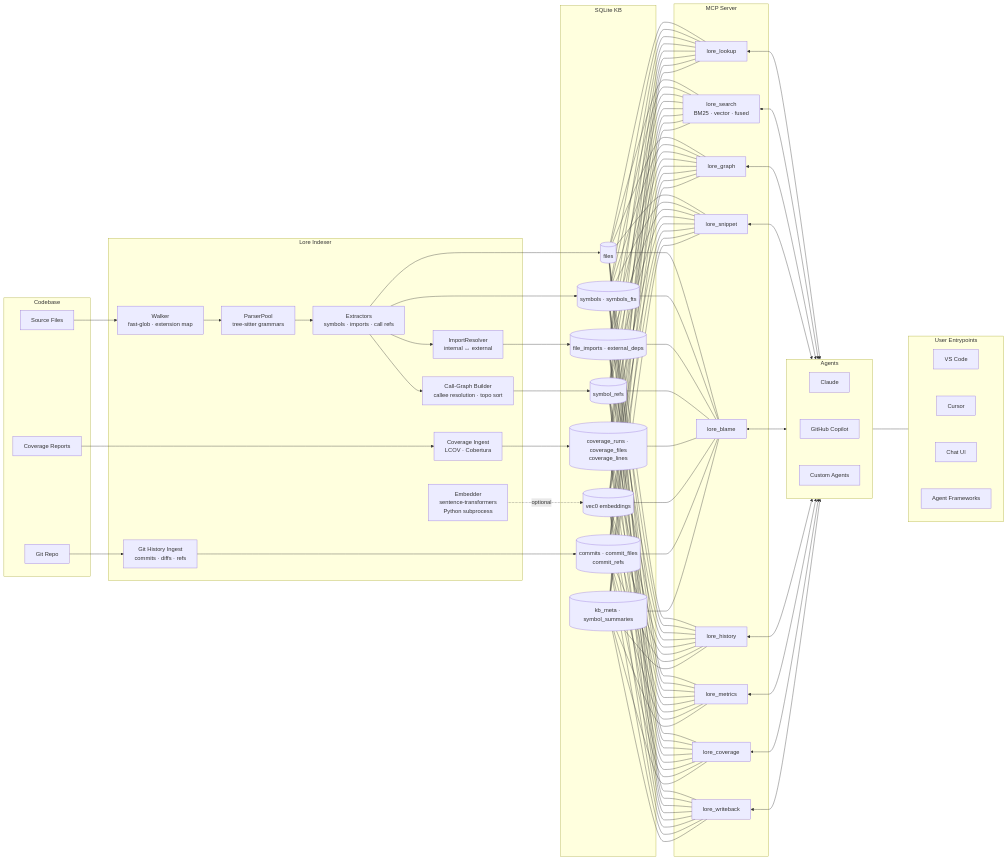
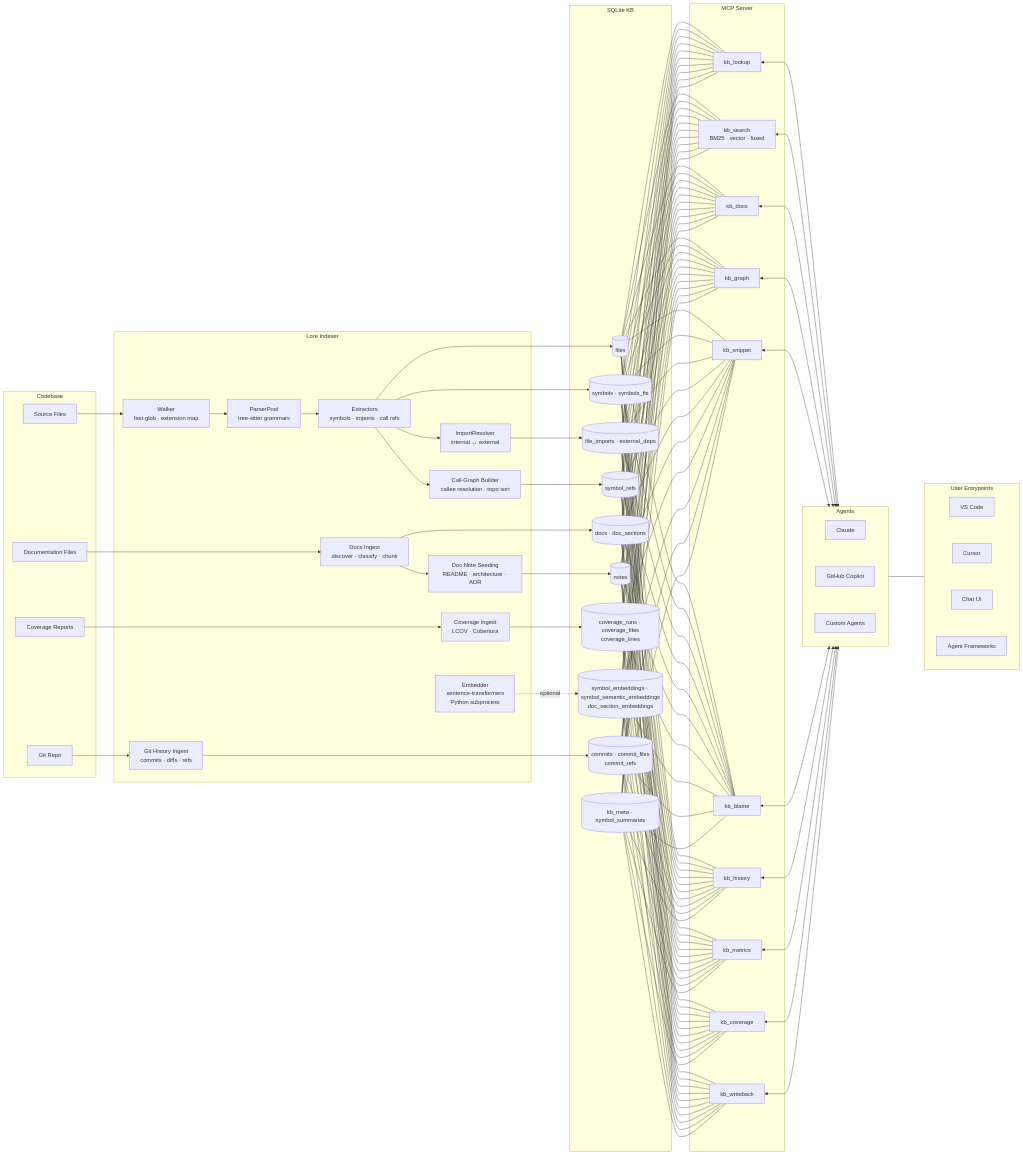
Before and after one commit to jafreck/Lore: the diagram in docs/architecture.md, drawn with Mermaid. The commit also changed other lines of this file and 39 other files, not shown here.

````diff
--- a/docs/architecture.md
+++ b/docs/architecture.md
@@ -7,72 +7,80 @@
 ```mermaid
 flowchart LR
     subgraph Codebase
         SRC[Source Files]
+        DOCSRC[Documentation Files]
         GIT[Git Repo]
         COVREP[Coverage Reports]
     end
 
     subgraph Lore Indexer
         WALK[Walker<br/>fast-glob · extension map]
         PARSE[ParserPool<br/>tree-sitter grammars]
         EXTRACT[Extractors<br/>symbols · imports · call refs]
         RESOLVE[ImportResolver<br/>internal ↔ external]
         CALLGRAPH[Call-Graph Builder<br/>callee resolution · topo sort]
+        DOCINGEST[Docs Ingest<br/>discover · classify · chunk]
+        DOCNOTES[Doc Note Seeding<br/>README · architecture · ADR]
         COVER[Coverage Ingest<br/>LCOV · Cobertura]
         EMBED[Embedder<br/>sentence-transformers<br/>Python subprocess]
         GITHIST[Git History Ingest<br/>commits · diffs · refs]
     end
 
     subgraph SQLite KB
         FILES[(files)]
         SYM[(symbols · symbols_fts)]
         IMP[(file_imports · external_deps)]
         REFS[(symbol_refs)]
+        DOCS[(docs · doc_sections)]
+        NOTES[(notes)]
         COV[(coverage_runs · coverage_files<br/>coverage_lines)]
-        VEC[(vec0 embeddings)]
+        VEC[(symbol_embeddings · symbol_semantic_embeddings<br/>doc_section_embeddings)]
         HIST[(commits · commit_files<br/>commit_refs)]
         META[(kb_meta · symbol_summaries)]
     end
 
     subgraph MCP Server
-        LOOKUP[lore_lookup]
-        SEARCH[lore_search<br/>BM25 · vector · fused]
-        GRAPH[lore_graph]
-        SNIPPET[lore_snippet]
-        BLAME[lore_blame]
-        HISTORY[lore_history]
-        METRICS[lore_metrics]
-        KB_COVERAGE[lore_coverage]
-        WRITEBACK[lore_writeback]
+        LOOKUP[kb_lookup]
+        SEARCH[kb_search<br/>BM25 · vector · fused]
+        DOCS_TOOL[kb_docs]
+        GRAPH[kb_graph]
+        SNIPPET[kb_snippet]
+        BLAME[kb_blame]
+        HISTORY[kb_history]
+        METRICS[kb_metrics]
+        KB_COVERAGE[kb_coverage]
+        WRITEBACK[kb_writeback]
     end
 
     subgraph LLM_AGENTS[Agents]
         CLAUDE[Claude]
         COPILOT[GitHub Copilot]
         CUSTOM_AGENT[Custom Agents]
         CLAUDE ~~~ COPILOT ~~~ CUSTOM_AGENT
     end
 
     subgraph ENTRY[User Entrypoints]
         VSCODE[VS Code]
         CURSOR[Cursor]
         CHAT[Chat UI]
         ORCH[Agent Frameworks]
         VSCODE ~~~ CURSOR ~~~ CHAT ~~~ ORCH
     end
 
     SRC --> WALK --> PARSE --> EXTRACT
     EXTRACT --> RESOLVE --> IMP
     EXTRACT --> CALLGRAPH --> REFS
     EXTRACT --> FILES & SYM
+    DOCSRC --> DOCINGEST --> DOCS
+    DOCINGEST --> DOCNOTES --> NOTES
     COVER --> COV
     COVREP --> COVER
     EMBED -.->|optional| VEC
     GIT --> GITHIST --> HIST
 
-    FILES & SYM & IMP & REFS & COV & VEC & HIST & META --- LOOKUP & SEARCH & GRAPH & SNIPPET & BLAME & HISTORY & METRICS & KB_COVERAGE & WRITEBACK
+    FILES & SYM & IMP & REFS & DOCS & NOTES & COV & VEC & HIST & META --- LOOKUP & SEARCH & DOCS_TOOL & GRAPH & SNIPPET & BLAME & HISTORY & METRICS & KB_COVERAGE & WRITEBACK
 
-    LOOKUP & SEARCH & GRAPH & SNIPPET & BLAME & HISTORY & METRICS & KB_COVERAGE & WRITEBACK <--> LLM_AGENTS
+    LOOKUP & SEARCH & DOCS_TOOL & GRAPH & SNIPPET & BLAME & HISTORY & METRICS & KB_COVERAGE & WRITEBACK <--> LLM_AGENTS
 
     LLM_AGENTS <--- ENTRY
 ```
````
